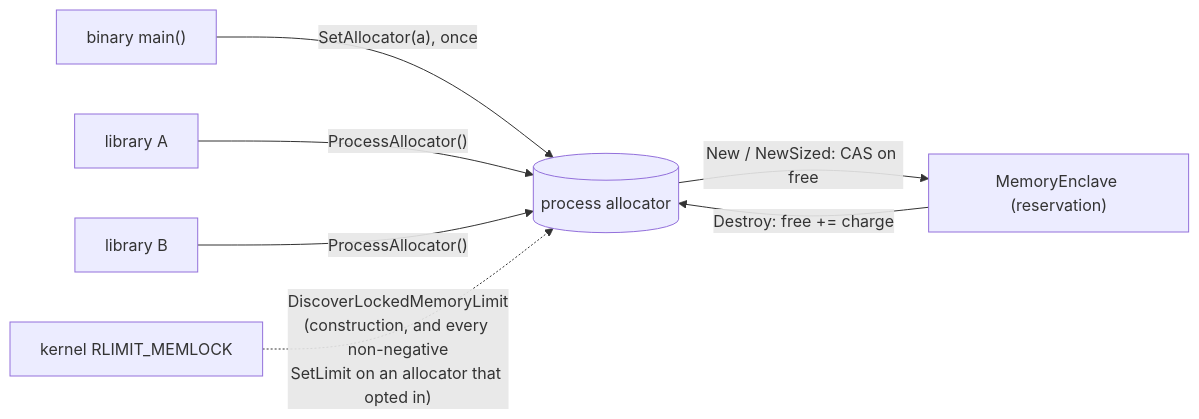
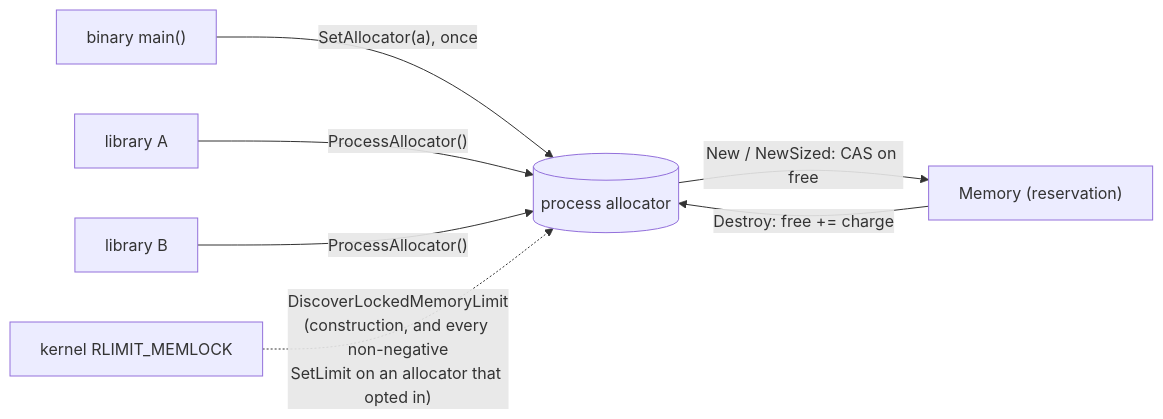
One commit to jeremyhahn/go-enclave changed the first of 3 diagrams in docs/locked-memory-budget/architecture.md. Above: the diagram before and after it, drawn with Mermaid. The commit also changed other lines of this file and 106 other files, not shown here.

Commit message:
refactor!: rename MemoryEnclave, SealedEnclave and OpenWith; add noCopy (#145) (#149)

````diff
--- a/docs/locked-memory-budget/architecture.md
+++ b/docs/locked-memory-budget/architecture.md
@@ -18,9 +18,9 @@
 ```mermaid
 flowchart LR
   main["binary main()"] -- "SetAllocator(a), once" --> PA[(process allocator)]
   lib1["library A"] -- "ProcessAllocator()" --> PA
   lib2["library B"] -- "ProcessAllocator()" --> PA
-  PA -- "New / NewSized: CAS on free" --> E["MemoryEnclave (reservation)"]
+  PA -- "New / NewSized: CAS on free" --> E["Memory (reservation)"]
   E -- "Destroy: free += charge" --> PA
   K["kernel RLIMIT_MEMLOCK"] -. "DiscoverLockedMemoryLimit<br/>(construction, and every non-negative<br/>SetLimit on an allocator that opted in)" .-> PA
 ```
````
